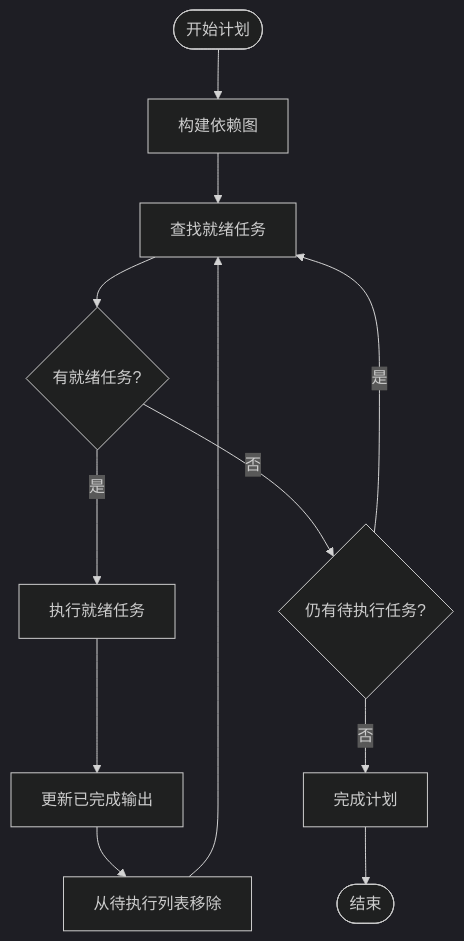
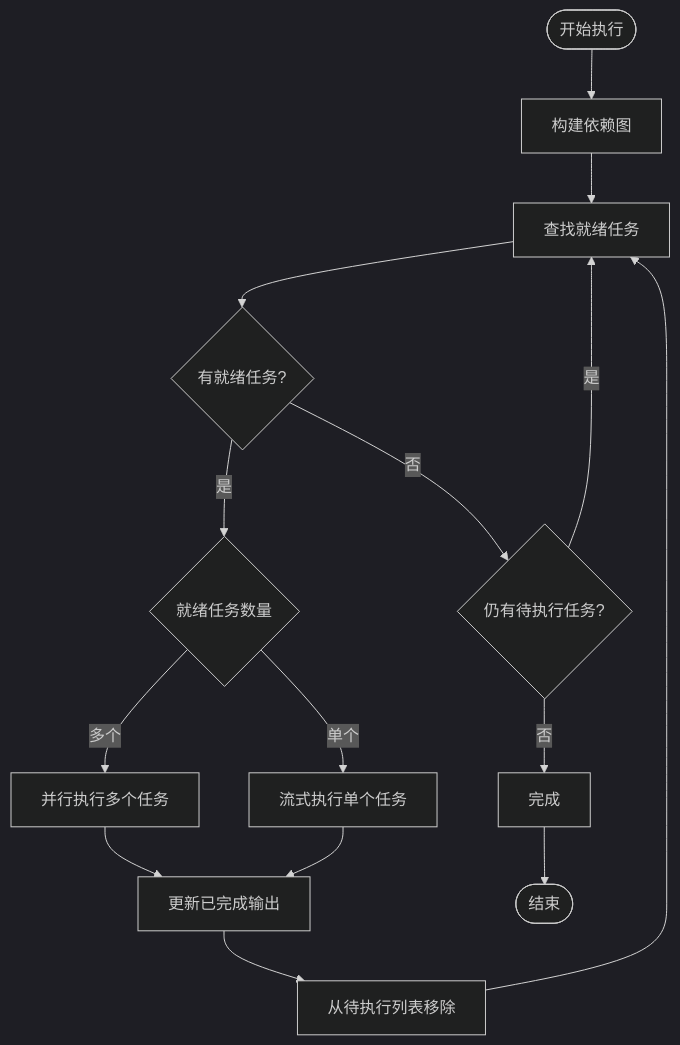
The fifth of 10 diagrams in .qoder/repowiki/zh/content/AI智能体系统/多智能体协作系统.md (KunLabAI/KunFlix), drawn with Mermaid (dark theme) before and after one commit. The commit also changed other lines of this file and 9 other files, not shown here.

````diff
--- a/.qoder/repowiki/zh/content/AI智能体系统/多智能体协作系统.md
+++ b/.qoder/repowiki/zh/content/AI智能体系统/多智能体协作系统.md
@@ -255,14 +236,17 @@
 ```mermaid
 flowchart TD
-Start([开始计划]) --> BuildGraph[构建依赖图]
+Start([开始执行]) --> BuildGraph[构建依赖图]
 BuildGraph --> FindReady[查找就绪任务]
 FindReady --> ReadyTasks{有就绪任务?}
-ReadyTasks --> |是| ExecuteReady[执行就绪任务]
+ReadyTasks --> |是| CheckCount{就绪任务数量}
+CheckCount --> |多个| Parallel[并行执行多个任务]
+CheckCount --> |单个| Streaming[流式执行单个任务]
 ReadyTasks --> |否| CheckPending{仍有待执行任务?}
-ExecuteReady --> UpdateOutput[更新已完成输出]
-UpdateOutput --> RemoveTask[从待执行列表移除]
+Parallel --> UpdateOutputs[更新已完成输出]
+Streaming --> UpdateOutputs
+UpdateOutputs --> RemoveTask[从待执行列表移除]
 RemoveTask --> FindReady
 CheckPending --> |是| FindReady
-CheckPending --> |否| Complete[完成计划]
+CheckPending --> |否| Complete[完成]
 Complete --> End([结束])
 ```
````
